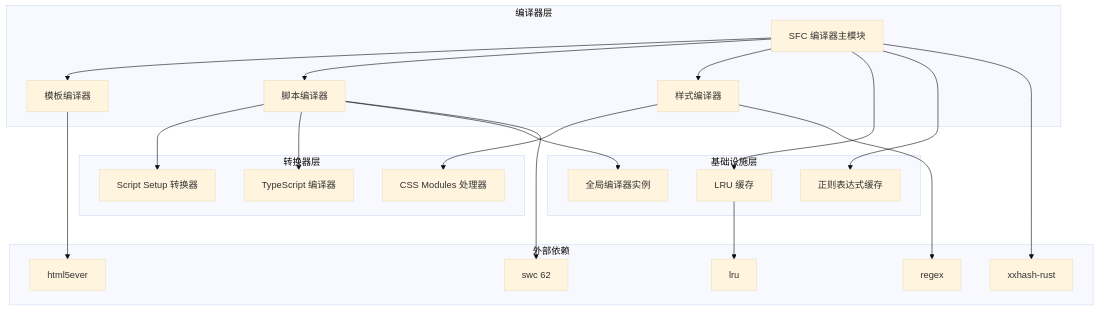
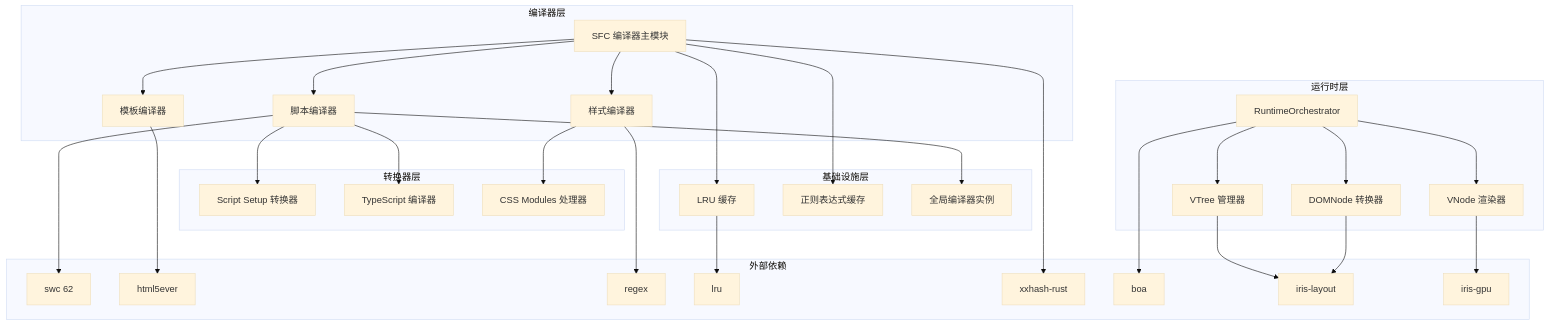
The fifth of 17 diagrams in .qoder/repowiki/zh/content/技术架构详解/即时转译系统/SFC编译器初始化机制/Vue 3 Script Setup 支持.md (itszzl-sudo/iris), drawn with Mermaid (base theme) before and after one commit. The commit also changed other lines of this file and 8 other files, not shown here.

````diff
--- a/.qoder/repowiki/zh/content/技术架构详解/即时转译系统/SFC编译器初始化机制/Vue 3 Script Setup 支持.md
+++ b/.qoder/repowiki/zh/content/技术架构详解/即时转译系统/SFC编译器初始化机制/Vue 3 Script Setup 支持.md
@@ -187,40 +246,56 @@
 ```mermaid
 graph TB
 subgraph "编译器层"
 A[SFC 编译器主模块]
 B[模板编译器]
 C[脚本编译器]
 D[样式编译器]
 end
 subgraph "转换器层"
 E[Script Setup 转换器]
 F[TypeScript 编译器]
 G[CSS Modules 处理器]
 end
+subgraph "运行时层"
+H[RuntimeOrchestrator]
+I[VTree 管理器]
+J[DOMNode 转换器]
+K[VNode 渲染器]
+end
 subgraph "基础设施层"
-H[LRU 缓存]
-I[正则表达式缓存]
-J[全局编译器实例]
+L[LRU 缓存]
+M[正则表达式缓存]
+N[全局编译器实例]
 end
 subgraph "外部依赖"
-K[swc 62]
-L[html5ever]
-M[regex]
-N[lru]
-O[xxhash-rust]
+O[swc 62]
+P[html5ever]
+Q[regex]
+R[lru]
+S[xxhash-rust]
+T[boa]
+U[iris-layout]
+V[iris-gpu]
 end
 A --> B
 A --> C
 A --> D
 C --> E
 C --> F
 D --> G
-A --> H
-A --> I
-C --> J
-B --> L
-C --> K
-D --> M
-H --> N
-A --> O
+H --> I
+H --> J
+H --> K
+I --> U
+J --> U
+K --> V
+A --> L
+A --> M
+C --> N
+B --> P
+C --> O
+D --> Q
+L --> R
+A --> S
+H --> T
 ```
````
